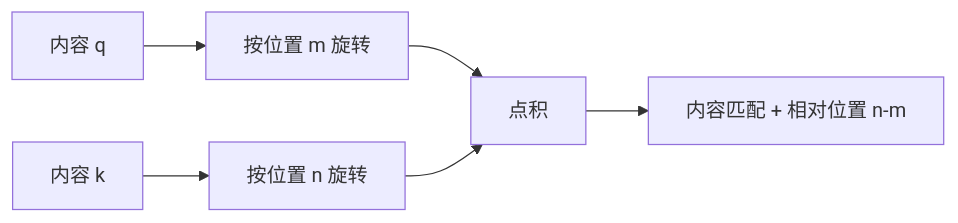
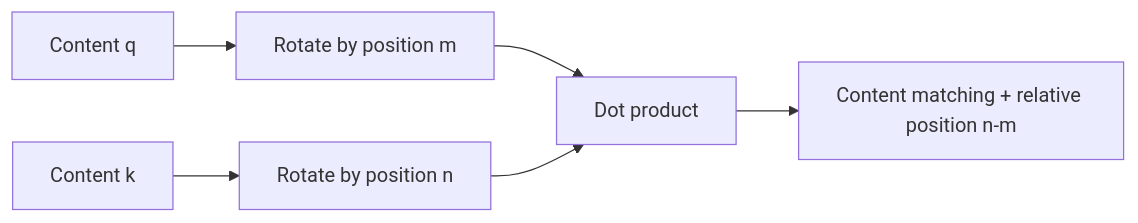
The diagram in docs/llm/01-foundations/04-position-encoding.md (oneleaveknowsthefall/awesome-ai-roadmap), drawn with Mermaid before and after one commit. The commit also changed other lines of this file and 92 other files, not shown here.

````diff
--- a/docs/llm/01-foundations/04-position-encoding.md
+++ b/docs/llm/01-foundations/04-position-encoding.md
@@ -87,8 +87,8 @@
 ```mermaid
 flowchart LR
-    Q["内容 q"] --> RQ["按位置 m 旋转"]
-    K["内容 k"] --> RK["按位置 n 旋转"]
-    RQ --> DOT["点积"]
+    Q["Content q"] --> RQ["Rotate by position m"]
+    K["Content k"] --> RK["Rotate by position n"]
+    RQ --> DOT["Dot product"]
     RK --> DOT
-    DOT --> REL["内容匹配 + 相对位置 n-m"]
+    DOT --> REL["Content matching + relative position n-m"]
 ```
````
